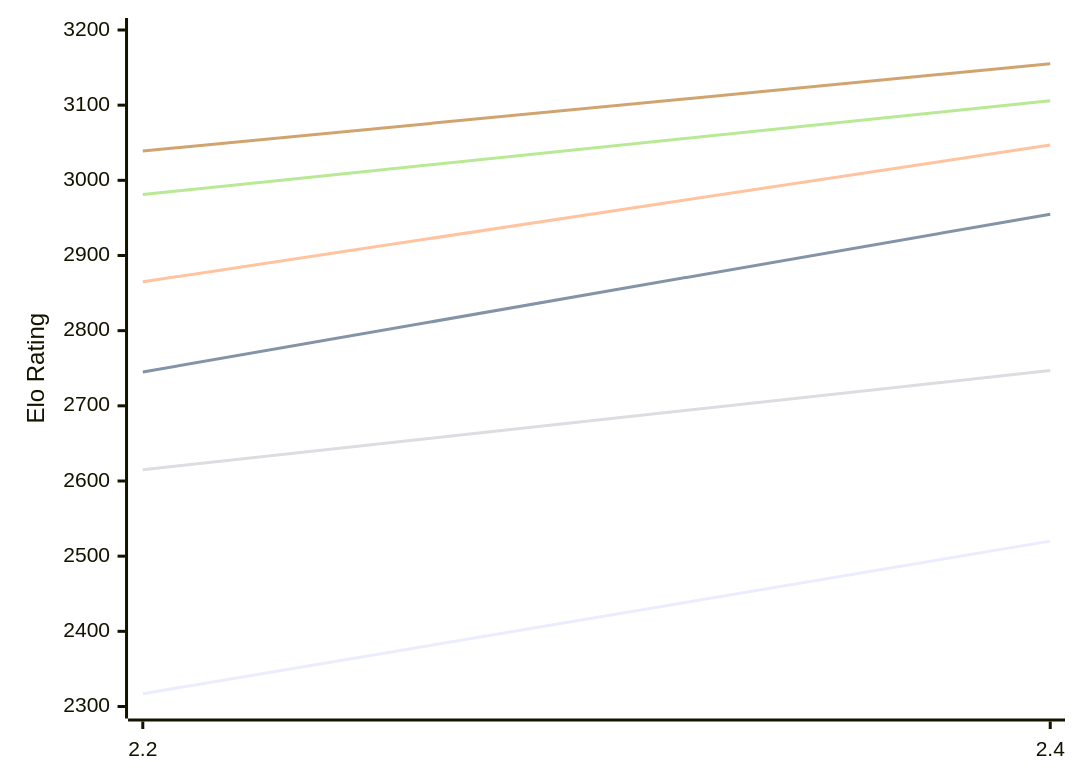
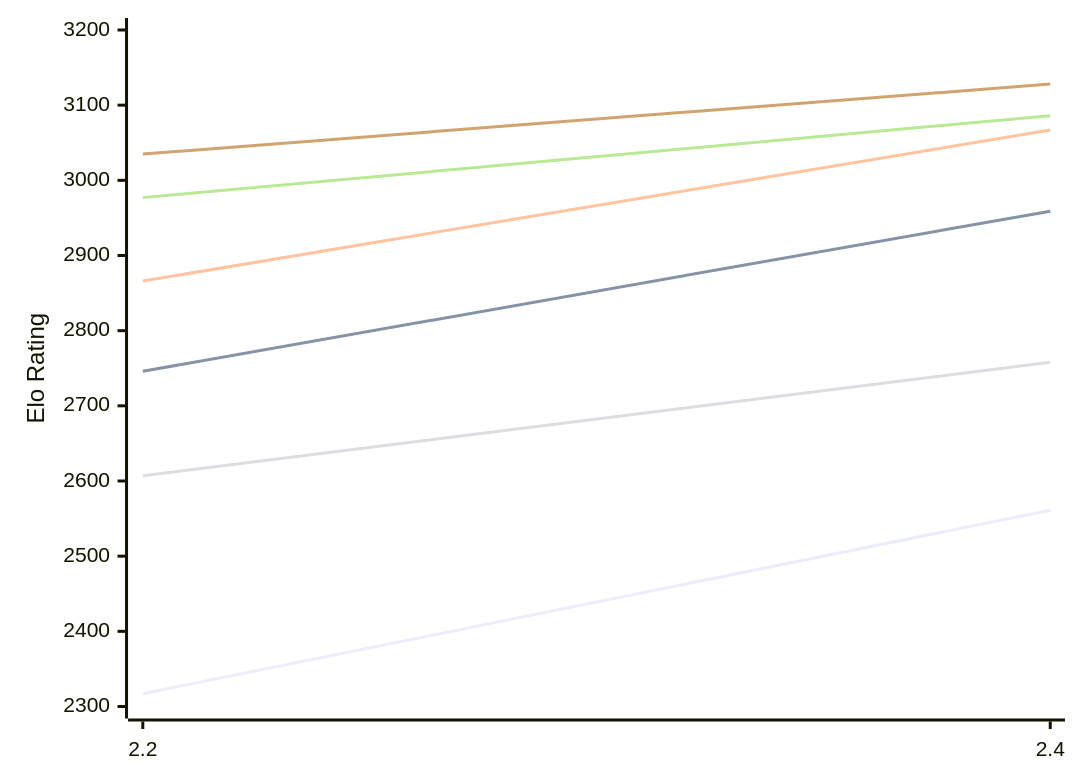
Before and after one commit to computer-chess-index/cci: the first of 2 diagrams in engines/Sloth.md, drawn with Mermaid. The commit also changed other lines of this file, not shown here.

Commit message:
Update CCI Ratings (ELO VLTC) - 2026-10-12

````diff
--- a/engines/Sloth.md
+++ b/engines/Sloth.md
@@ -50,12 +50,12 @@
 ```mermaid
 %%{init: {"theme":"base","themeVariables":{"seriesColors:['#a3a3a3','#222221','#faa371']}}}%%
 xychart-beta
   x-axis ["2.2", "2.4"]
   y-axis "Elo Rating" 2300 --> 3200
-  line "E1: STC (8.0+0.08s)" [2317, 2520]
-  line "E1: LTC (60.0+0.60s)" [2745, 2955]
-  line "E1: VLTC (2m24s+1.12s)" [2865, 3047]
-  line "P1: STC (8.0+0.08s)" [2615, 2747]
-  line "P1: LTC (60.0+0.60s)" [2981, 3106]
-  line "P1: VLTC (2m24s+1.12s)" [3039, 3155]
+  line "E1: STC (8.0+0.08s)" [2317, 2561]
+  line "E1: LTC (60.0+0.60s)" [2746, 2959]
+  line "E1: VLTC (2m24s+1.12s)" [2866, 3067]
+  line "P1: STC (8.0+0.08s)" [2607, 2758]
+  line "P1: LTC (60.0+0.60s)" [2977, 3086]
+  line "P1: VLTC (2m24s+1.12s)" [3035, 3128]
 ```
````
